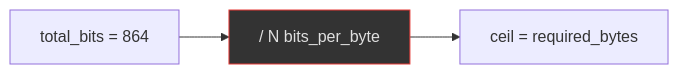
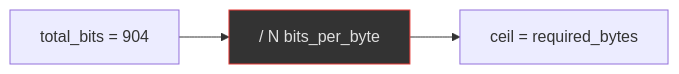
The third of 4 diagrams in docs/algorithms.md (docxology/steganographer), drawn with Mermaid before and after one commit. The commit also changed other lines of this file and 31 other files, not shown here.

````diff
--- a/docs/algorithms.md
+++ b/docs/algorithms.md
@@ -51,5 +53,5 @@
 ```mermaid
 flowchart LR
-    BITS["total_bits = 864"] --> DIV["/ N bits_per_byte"] --> RESULT["ceil = required_bytes"]
+    BITS["total_bits = 904"] --> DIV["/ N bits_per_byte"] --> RESULT["ceil = required_bytes"]
     style DIV fill:#333,stroke:#e53935,color:#e0e0e0
 ```
````
